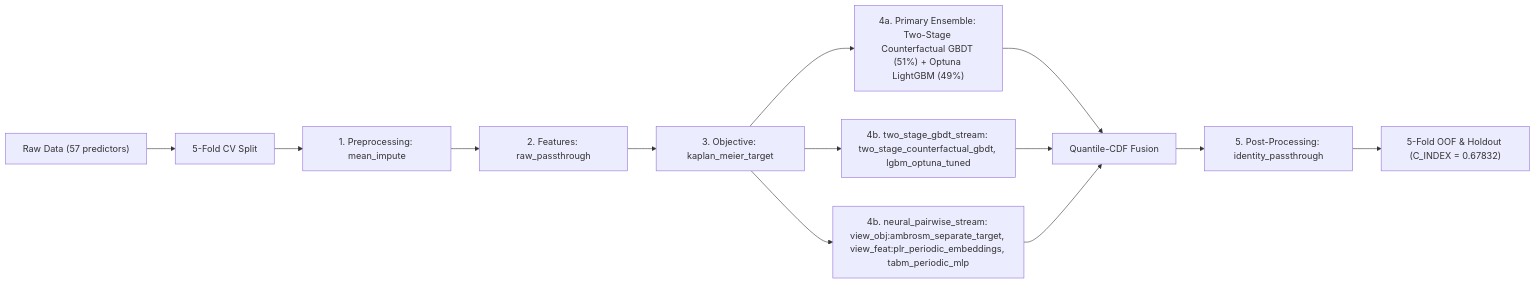
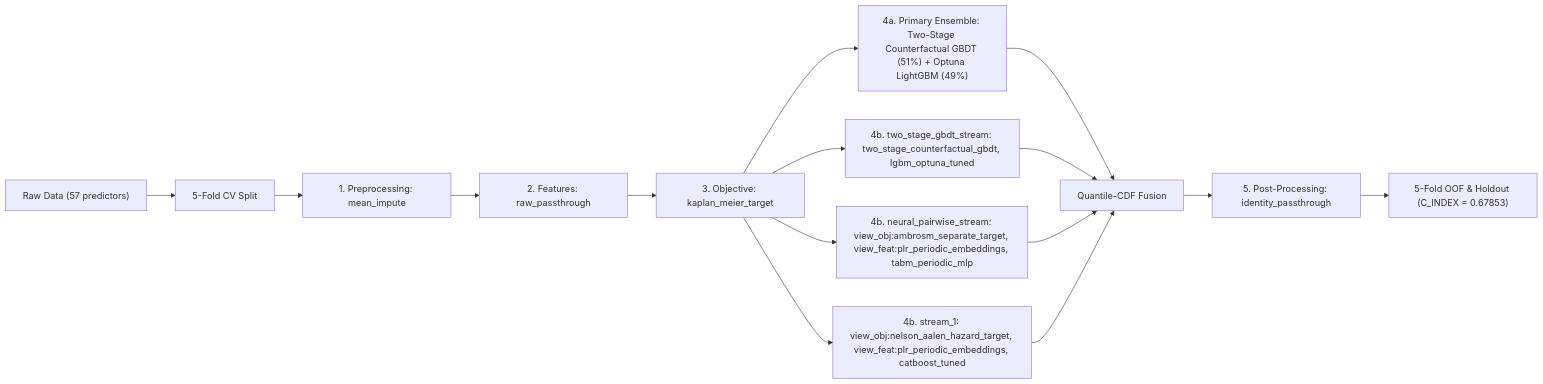
Before and after one commit to stefanoclss/CIBMTR-Equity-in-Post-HCT-Survival-Predictions: the diagram in README.md, drawn with Mermaid. The commit also changed other lines of this file, not shown here.

First line of the commit message:
docs(readme): refresh verified OOF benchmark & build ledger (C_INDEX=0.67853)

````diff
--- a/README.md
+++ b/README.md
@@ -70,15 +71,17 @@
 ```mermaid
 flowchart LR
     DATA["Raw Data (57 predictors)"] --> SPLIT["5-Fold CV Split"]
     SPLIT --> PRE["1. Preprocessing: mean_impute"]
     PRE --> FEAT["2. Features: raw_passthrough"]
     FEAT --> OBJ["3. Objective: kaplan_meier_target"]
     OBJ --> M0["4a. Primary Ensemble: Two-Stage Counterfactual GBDT (51%) + Optuna LightGBM (49%)"]
     M0 --> FUSE["Quantile-CDF Fusion"]
     OBJ --> S1["4b. two_stage_gbdt_stream: two_stage_counterfactual_gbdt, lgbm_optuna_tuned"]
     S1 --> FUSE
     OBJ --> S2["4b. neural_pairwise_stream: view_obj:ambrosm_separate_target, view_feat:plr_periodic_embeddings, tabm_periodic_mlp"]
     S2 --> FUSE
+    OBJ --> S3["4b. stream_1: view_obj:nelson_aalen_hazard_target, view_feat:plr_periodic_embeddings, catboost_tuned"]
+    S3 --> FUSE
     FUSE --> POST["5. Post-Processing: identity_passthrough"]
-    POST --> OUT["5-Fold OOF & Holdout (C_INDEX = 0.67832)"]
+    POST --> OUT["5-Fold OOF & Holdout (C_INDEX = 0.67853)"]
 ```
````
